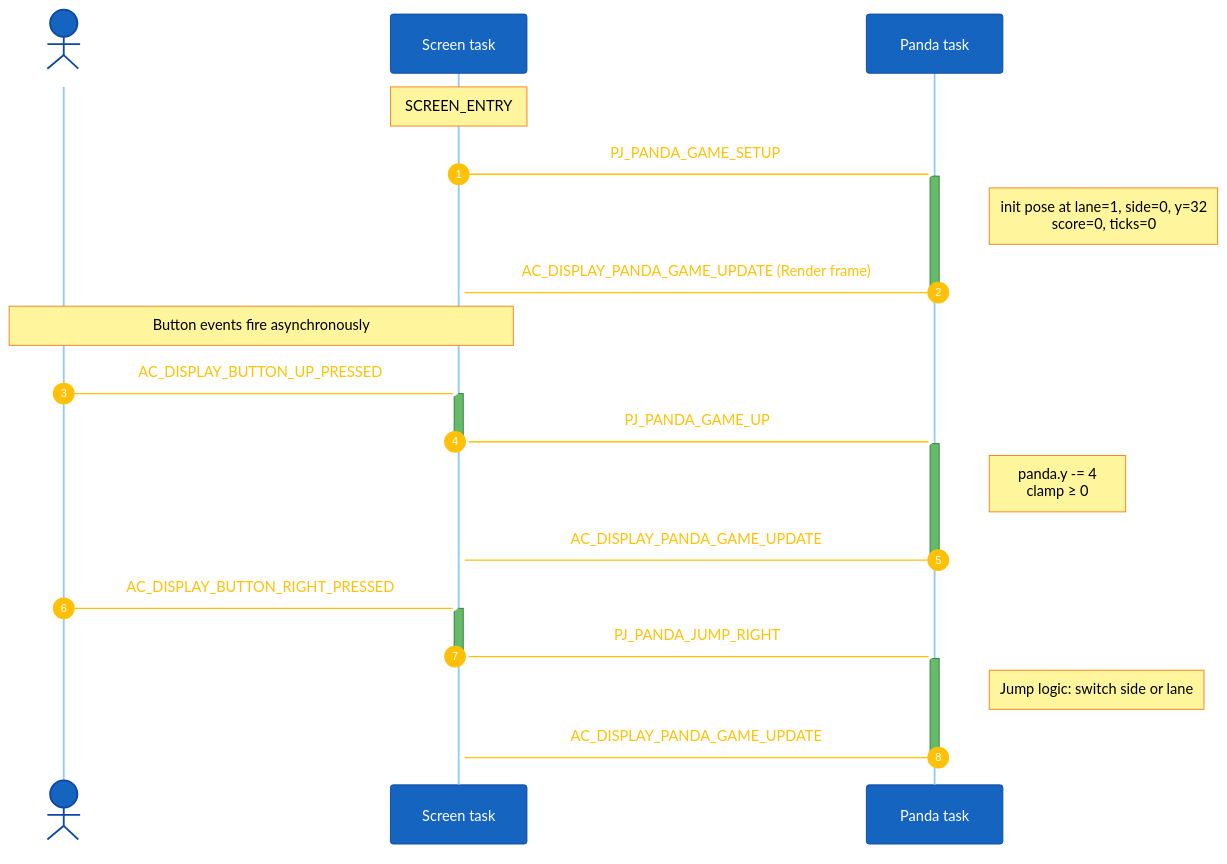
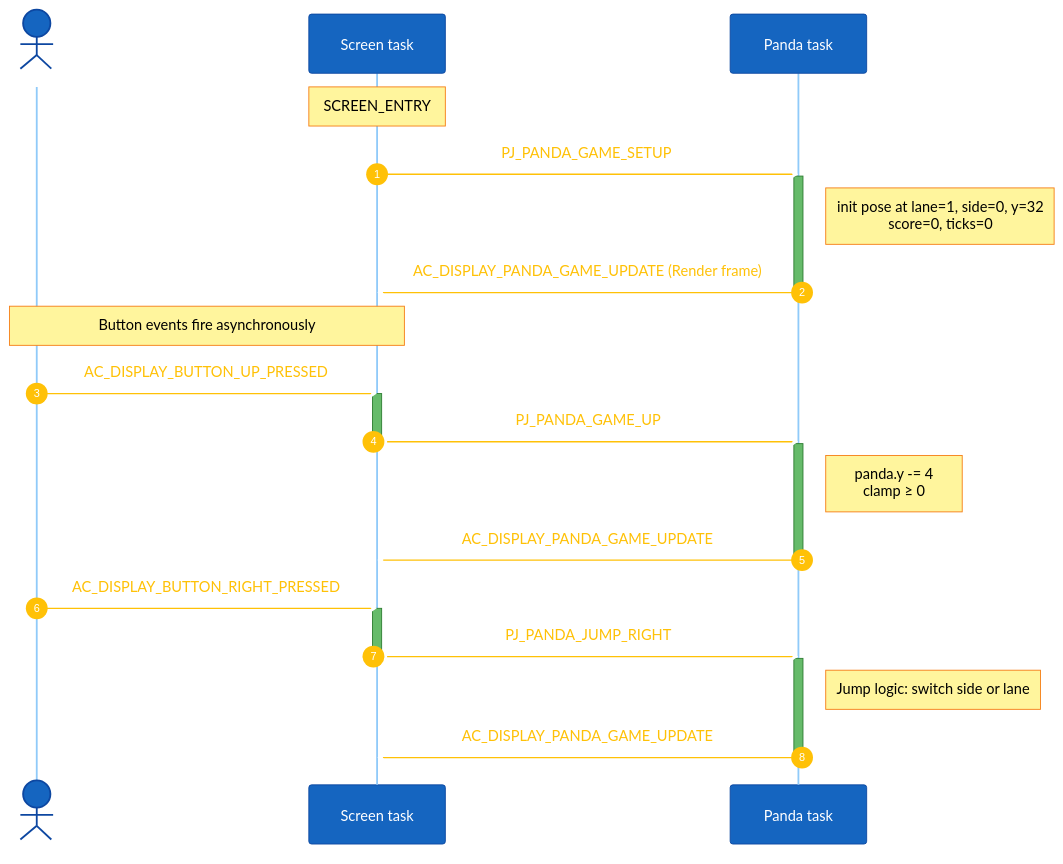
Before and after one commit to MinhQuocNguyenHoang/Panda-Jump-Game: the first of 4 diagrams in docs/02-design-sequence-object.md, drawn with Mermaid. The commit also changed other lines of this file and 1 other file, not shown here.

````diff
--- a/docs/02-design-sequence-object.md
+++ b/docs/02-design-sequence-object.md
@@ -27,36 +27,36 @@
 ```mermaid
-%%{init: {'theme':'base','themeVariables':{'fontSize':'18px','primaryColor':'#1565c0','primaryTextColor':'#ffffff','primaryBorderColor':'#0d47a1','lineColor':'#90a4ae','signalColor':'#ffc107','signalTextColor':'#ffc107','actorBkg':'#1565c0','actorBorder':'#0d47a1','actorTextColor':'#ffffff','actorLineColor':'#90caf9','noteBkgColor':'#fff59d','noteTextColor':'#000000','noteBorderColor':'#f57f17','activationBkgColor':'#66bb6a','activationBorderColor':'#2e7d32','sequenceNumberColor':'#ffffff','loopTextColor':'#ffc107','labelBoxBkgColor':'#37474f','labelBoxBorderColor':'#90a4ae','labelTextColor':'#ffffff'},'sequence':{'actorMargin':120,'messageFontSize':17,'noteFontSize':15,'actorFontSize':17,'boxMargin':15,'boxTextMargin':8,'noteMargin':12,'useMaxWidth':false}}}%%
+%%{init: {'theme':'base','themeVariables':{'fontSize':'14px','primaryColor':'#1565c0','primaryTextColor':'#ffffff','primaryBorderColor':'#0d47a1','lineColor':'#90a4ae','signalColor':'#ffc107','signalTextColor':'#ffc107','actorBkg':'#1565c0','actorBorder':'#0d47a1','actorTextColor':'#ffffff','actorLineColor':'#90caf9','noteBkgColor':'#fff59d','noteTextColor':'#000000','noteBorderColor':'#f57f17','activationBkgColor':'#66bb6a','activationBorderColor':'#2e7d32','sequenceNumberColor':'#ffffff','loopTextColor':'#ffc107','labelBoxBkgColor':'#37474f','labelBoxBorderColor':'#90a4ae','labelTextColor':'#ffffff'},'sequence':{'actorMargin':60,'messageFontSize':14,'noteFontSize':13,'actorFontSize':14,'boxMargin':15,'boxTextMargin':8,'noteMargin':12,'useMaxWidth':true}}}%%
 sequenceDiagram
     autonumber
     actor Btn as Button
     participant Scr as Screen task
     participant Pnd as Panda task
 
     Note over Scr: SCREEN_ENTRY
     Scr-)Pnd: PJ_PANDA_GAME_SETUP
     activate Pnd
     Note right of Pnd: init pose at lane=1, side=0, y=32<br/>score=0, ticks=0
     Pnd-)Scr: AC_DISPLAY_PANDA_GAME_UPDATE (Render frame)
     deactivate Pnd
 
     Note over Btn,Scr: Button events fire asynchronously
     Btn-)Scr: AC_DISPLAY_BUTTON_UP_PRESSED
     activate Scr
     Scr-)Pnd: PJ_PANDA_GAME_UP
     deactivate Scr
     
     activate Pnd
     Note right of Pnd: panda.y -= 4<br/>clamp ≥ 0
     Pnd-)Scr: AC_DISPLAY_PANDA_GAME_UPDATE
     deactivate Pnd
 
     Btn-)Scr: AC_DISPLAY_BUTTON_RIGHT_PRESSED
     activate Scr
     Scr-)Pnd: PJ_PANDA_JUMP_RIGHT
     deactivate Scr
     
     activate Pnd
     Note right of Pnd: Jump logic: switch side or lane
     Pnd-)Scr: AC_DISPLAY_PANDA_GAME_UPDATE
     deactivate Pnd
 ```
````
